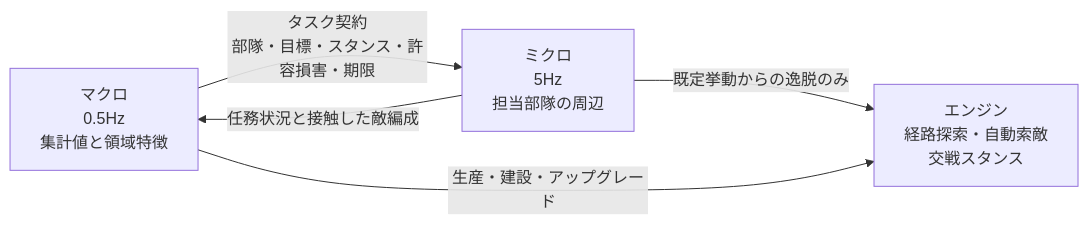
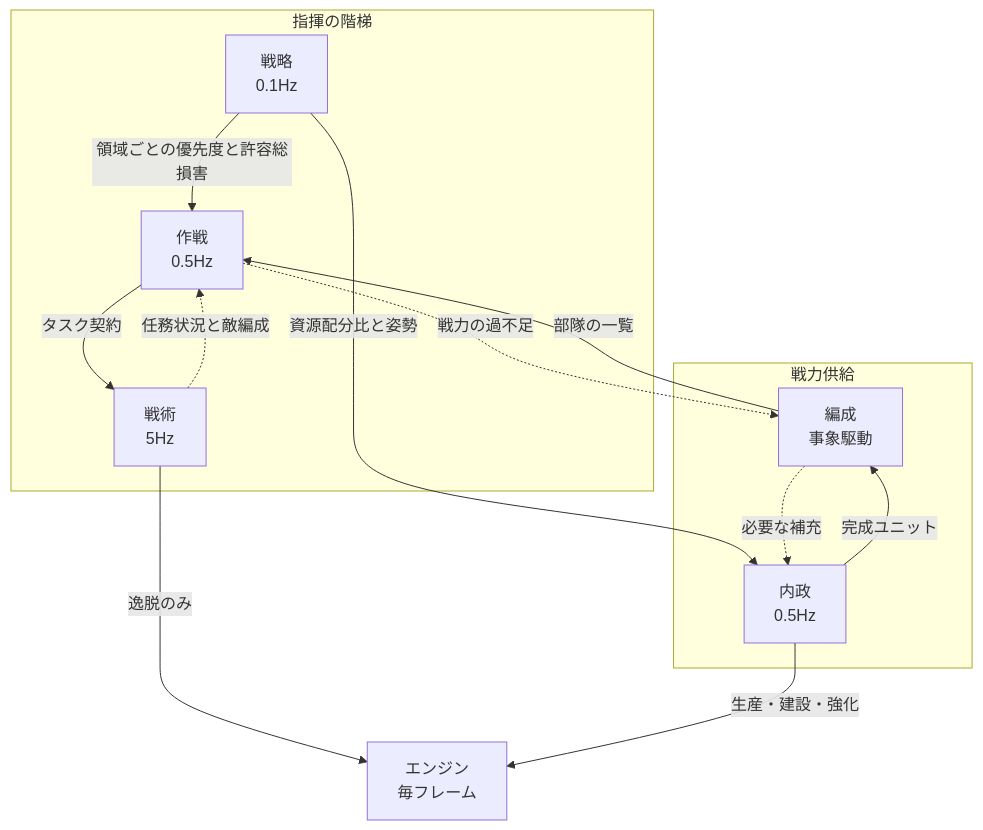
One commit to h4ribote/RW-Intel changed the diagram in docs/project/04-model-design.md. Above: the diagram before and after it, drawn with Mermaid. The commit also changed other lines of this file and 1 other file, not shown here.

````diff
--- a/docs/project/04-model-design.md
+++ b/docs/project/04-model-design.md
@@ -132,10 +46,23 @@
 ```mermaid
-flowchart LR
-    macro["マクロ<br/>0.5Hz<br/>集計値と領域特徴"]
-    micro["ミクロ<br/>5Hz<br/>担当部隊の周辺"]
-    engine["エンジン<br/>経路探索・自動索敵<br/>交戦スタンス"]
-    macro -->|"タスク契約<br/>部隊・目標・スタンス・許容損害・期限"| micro
-    micro -->|"任務状況と接触した敵編成"| macro
-    micro -->|"既定挙動からの逸脱のみ"| engine
-    macro -->|"生産・建設・アップグレード"| engine
+flowchart TD
+    subgraph chain["指揮の階梯"]
+        strat["戦略<br/>0.1Hz"]
+        ops["作戦<br/>0.5Hz"]
+        tac["戦術<br/>5Hz"]
+    end
+    subgraph supply["戦力供給"]
+        econ["内政<br/>0.5Hz"]
+        org["編成<br/>事象駆動"]
+    end
+    engine["エンジン<br/>毎フレーム"]
+    strat -->|"領域ごとの優先度と許容総損害"| ops
+    ops -->|"タスク契約"| tac
+    strat -->|"資源配分比と姿勢"| econ
+    econ -->|"完成ユニット"| org
+    org -->|"部隊の一覧"| ops
+    tac -->|"逸脱のみ"| engine
+    econ -->|"生産・建設・強化"| engine
+    tac -.->|"任務状況と敵編成"| ops
+    ops -.->|"戦力の過不足"| org
+    org -.->|"必要な補充"| econ
 ```
````
